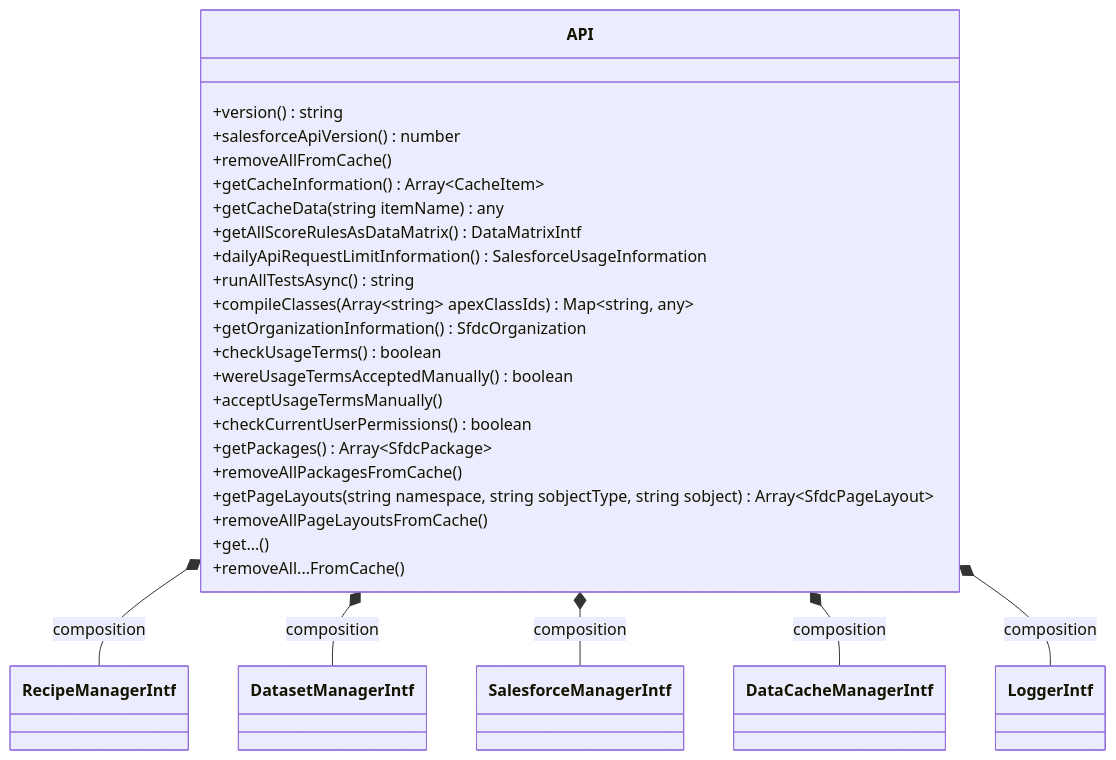
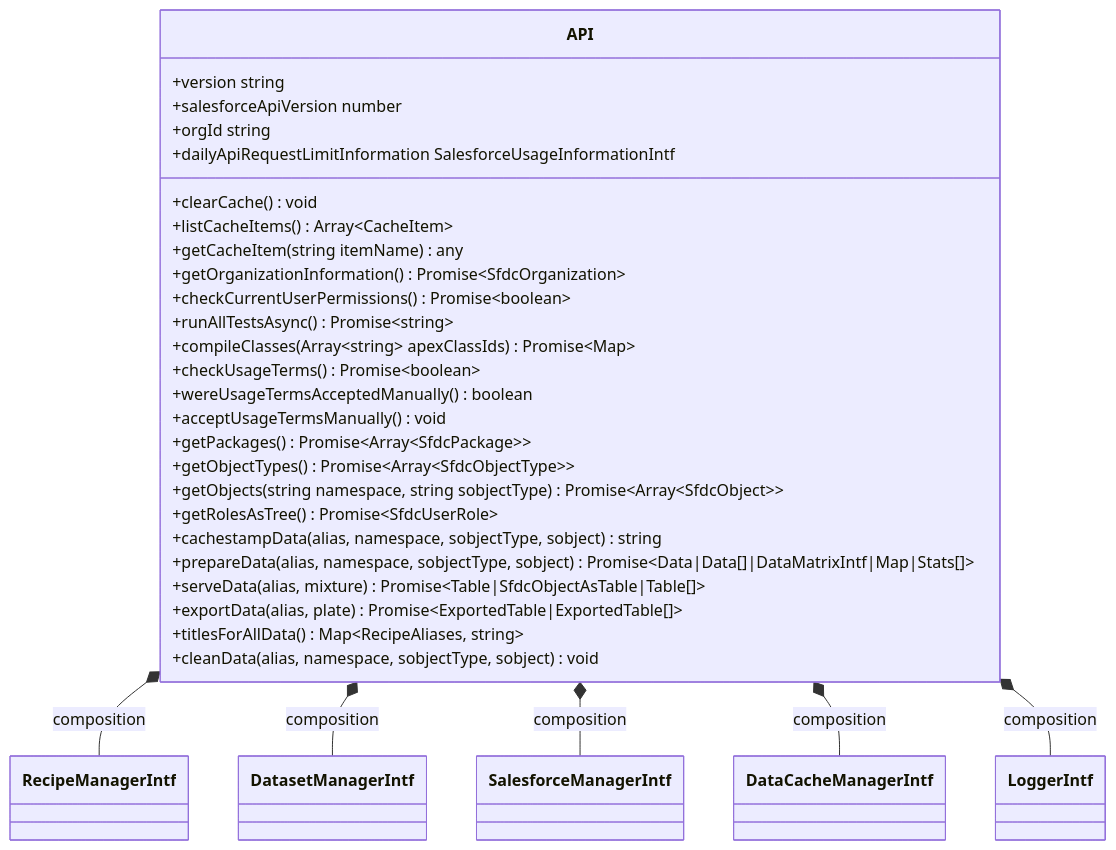
The second of 3 diagrams in docs/index8.classdiagram.md (SalesforceLabs/OrgCheck), drawn with Mermaid before and after one commit. The commit also changed other lines of this file and 7 other files, not shown here.

````diff
--- a/docs/index8.classdiagram.md
+++ b/docs/index8.classdiagram.md
@@ -43,31 +49,35 @@
 ```mermaid
 classDiagram
     class API {
-        +version() string
-        +salesforceApiVersion() number
-        +removeAllFromCache()
-        +getCacheInformation() Array~CacheItem~
-        +getCacheData(string itemName) any
-        +getAllScoreRulesAsDataMatrix() DataMatrixIntf
-        +dailyApiRequestLimitInformation() SalesforceUsageInformation
-        +runAllTestsAsync() string
-        +compileClasses(Array~string~ apexClassIds) Map~string, any~
-        +getOrganizationInformation() SfdcOrganization
-        +checkUsageTerms() boolean
+        +version string
+        +salesforceApiVersion number
+        +orgId string
+        +clearCache() void
+        +listCacheItems() Array~CacheItem~
+        +getCacheItem(string itemName) any
+        +dailyApiRequestLimitInformation SalesforceUsageInformationIntf
+        +getOrganizationInformation() Promise~SfdcOrganization~
+        +checkCurrentUserPermissions() Promise~boolean~
+        +runAllTestsAsync() Promise~string~
+        +compileClasses(Array~string~ apexClassIds) Promise~Map~
+        +checkUsageTerms() Promise~boolean~
         +wereUsageTermsAcceptedManually() boolean
-        +acceptUsageTermsManually()
-        +checkCurrentUserPermissions() boolean
-        +getPackages() Array~SfdcPackage~
-        +removeAllPackagesFromCache()
-        +getPageLayouts(string namespace, string sobjectType, string sobject) Array~SfdcPageLayout~
-        +removeAllPageLayoutsFromCache()
-        +get...()
-        +removeAll...FromCache()
+        +acceptUsageTermsManually() void
+        +getPackages() Promise~Array~SfdcPackage~~
+        +getObjectTypes() Promise~Array~SfdcObjectType~~
+        +getObjects(string namespace, string sobjectType) Promise~Array~SfdcObject~~
+        +getRolesAsTree() Promise~SfdcUserRole~
+        +cachestampData(alias, namespace, sobjectType, sobject) string
+        +prepareData(alias, namespace, sobjectType, sobject) Promise~Data|Data[]|DataMatrixIntf|Map|Stats[]~
+        +serveData(alias, mixture) Promise~Table|SfdcObjectAsTable|Table[]~
+        +exportData(alias, plate) Promise~ExportedTable|ExportedTable[]~
+        +titlesForAllData() Map~RecipeAliases, string~
+        +cleanData(alias, namespace, sobjectType, sobject) void
     }
 
 API *-- RecipeManagerIntf : composition
 API *-- DatasetManagerIntf : composition
 API *-- SalesforceManagerIntf : composition
 API *-- DataCacheManagerIntf : composition
 API *-- LoggerIntf : composition
 ```
````
